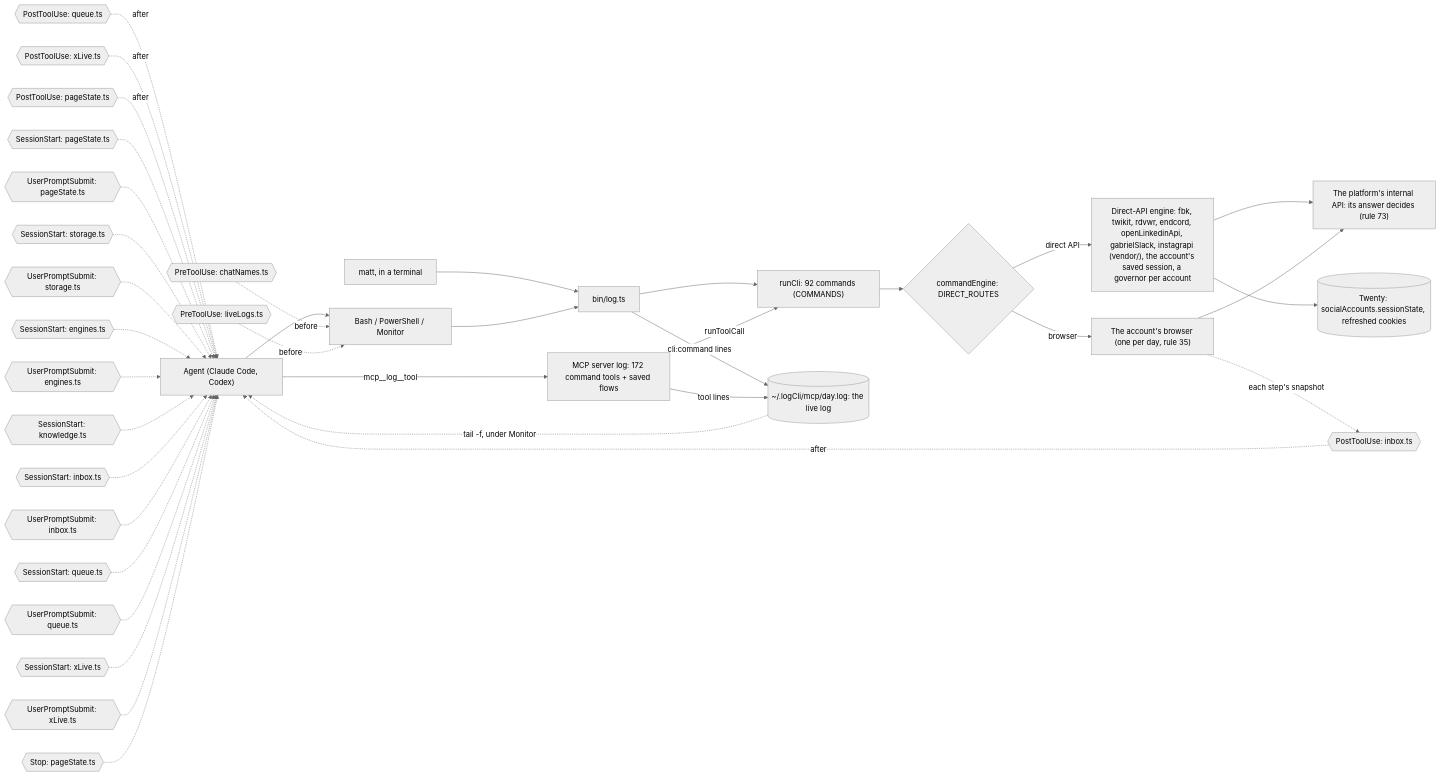
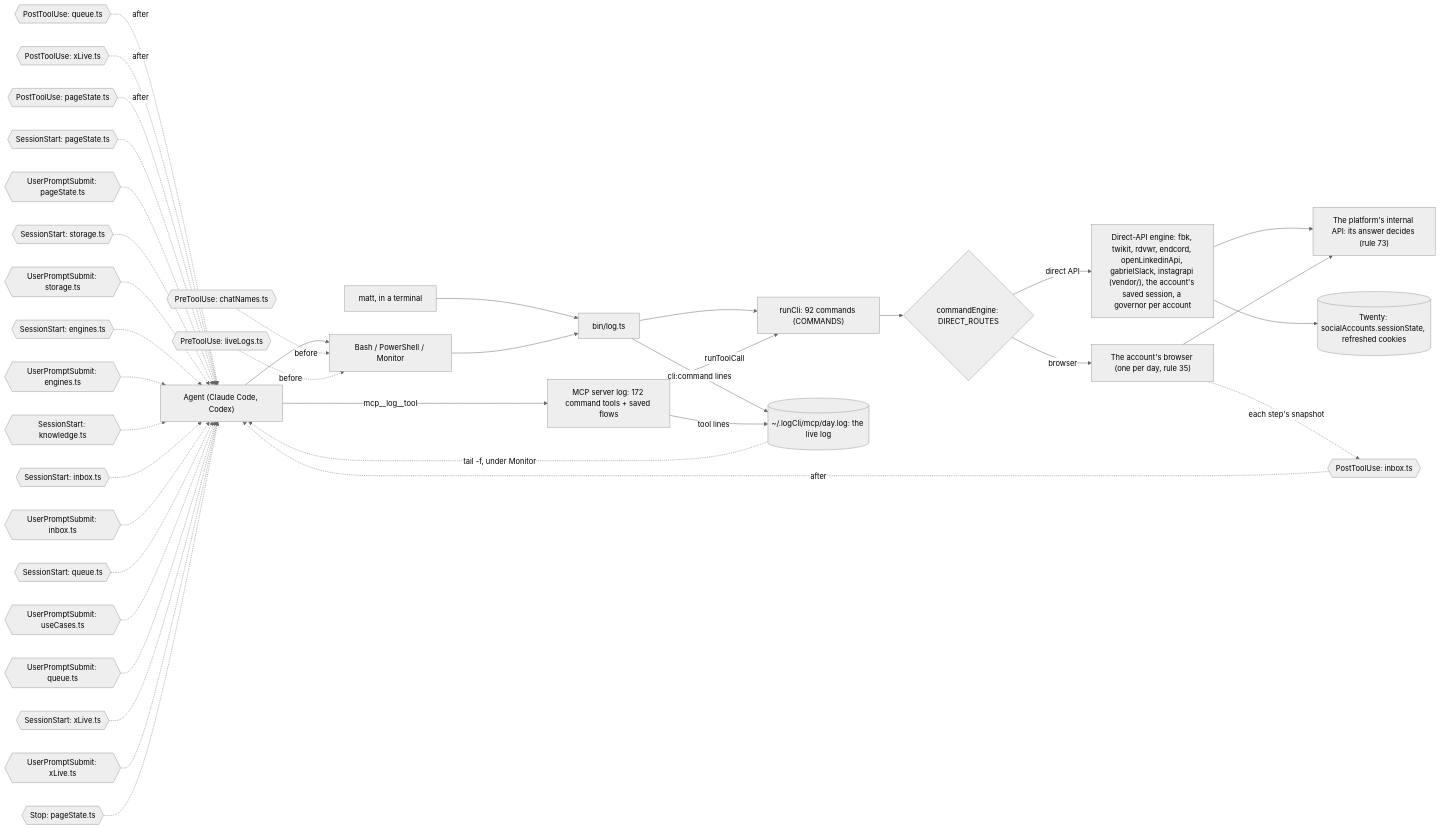
One commit to matthewdonsemail-lab/log changed the diagram in docs/diagrams/surface.mmd. Above: the diagram before and after it, drawn with Mermaid (neutral theme). The commit also changed 76 other files, not shown here.

```diff
--- a/docs/diagrams/surface.mmd
+++ b/docs/diagrams/surface.mmd
@@ -1,51 +1,52 @@
 %% How a call reaches log-cli. From a shell or over MCP, both run the same commands through `runCli`, write the same live log, and pass through the same hooks. `commandEngine` sends each command to the platform's direct API or to the account's browser.
 %% Written by `bun run docs:build` from the code (rule 56). Not edited by hand.
 flowchart LR
   agent["Agent (Claude Code, Codex)"]
   matt["matt, in a terminal"]
   shell["Bash / PowerShell / Monitor"]
   mcp["MCP server log: 172 command tools + saved flows"]
   bin["bin/log.ts"]
   runCli["runCli: 92 commands (COMMANDS)"]
   live[("~/.logCli/mcp/day.log: the live log")]
   engine{"commandEngine: DIRECT_ROUTES"}
   direct["Direct-API engine: fbk, twikit, rdvwr, endcord, openLinkedinApi, gabrielSlack, instagrapi (vendor/), the account's saved session, a governor per account"]
   browser["The account's browser (one per day, rule 35)"]
   api["The platform's internal API: its answer decides (rule 73)"]
   twenty[("Twenty: socialAccounts.sessionState, refreshed cookies")]
   agent --> shell
   matt --> bin
   shell --> bin
   agent -->|mcp__log__tool| mcp
   bin --> runCli
   mcp -->|runToolCall| runCli
   runCli --> engine
   engine -->|direct API| direct
   engine -->|browser| browser
   direct --> api
   browser --> api
   direct --> twenty
   bin -->|cli:command lines| live
   mcp -->|tool lines| live
   live -.->|tail -f, under Monitor| agent
   pre0{{"PreToolUse: chatNames.ts"}} -.->|before| shell
   pre1{{"PreToolUse: liveLogs.ts"}} -.->|before| shell
   post0{{"PostToolUse: inbox.ts"}} -.->|after| agent
   post1{{"PostToolUse: queue.ts"}} -.->|after| agent
   post2{{"PostToolUse: xLive.ts"}} -.->|after| agent
   post3{{"PostToolUse: pageState.ts"}} -.->|after| agent
   turn0{{"SessionStart: pageState.ts"}} -.-> agent
   turn1{{"UserPromptSubmit: pageState.ts"}} -.-> agent
   turn2{{"SessionStart: storage.ts"}} -.-> agent
   turn3{{"UserPromptSubmit: storage.ts"}} -.-> agent
   turn4{{"SessionStart: engines.ts"}} -.-> agent
   turn5{{"UserPromptSubmit: engines.ts"}} -.-> agent
   turn6{{"SessionStart: knowledge.ts"}} -.-> agent
   turn7{{"SessionStart: inbox.ts"}} -.-> agent
   turn8{{"UserPromptSubmit: inbox.ts"}} -.-> agent
   turn9{{"SessionStart: queue.ts"}} -.-> agent
-  turn10{{"UserPromptSubmit: queue.ts"}} -.-> agent
-  turn11{{"SessionStart: xLive.ts"}} -.-> agent
-  turn12{{"UserPromptSubmit: xLive.ts"}} -.-> agent
-  turn13{{"Stop: pageState.ts"}} -.-> agent
+  turn10{{"UserPromptSubmit: useCases.ts"}} -.-> agent
+  turn11{{"UserPromptSubmit: queue.ts"}} -.-> agent
+  turn12{{"SessionStart: xLive.ts"}} -.-> agent
+  turn13{{"UserPromptSubmit: xLive.ts"}} -.-> agent
+  turn14{{"Stop: pageState.ts"}} -.-> agent
   browser -.->|each step's snapshot| post0
```
